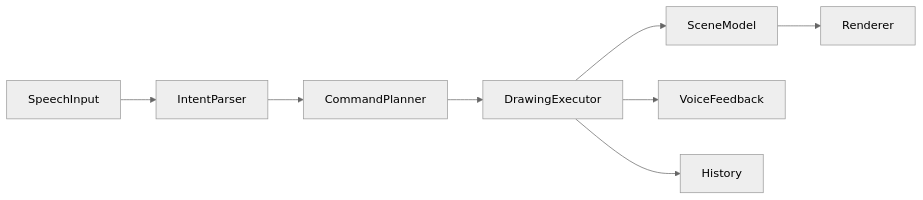
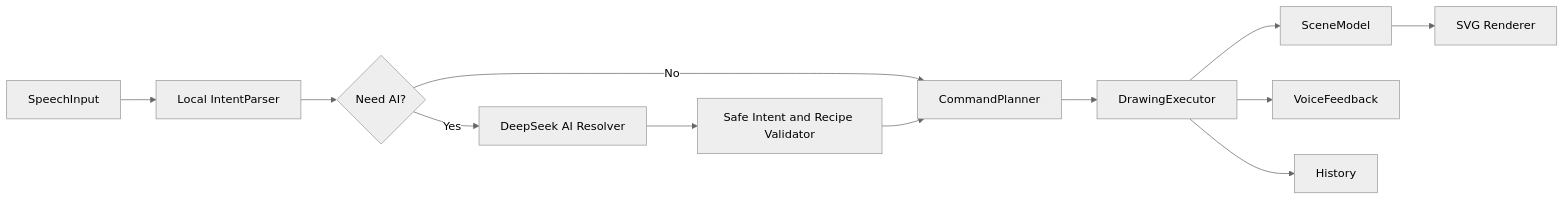
One commit to lijiony/Speak2Draw-Agent-Studio changed the diagram in docs/design.md. Above: the diagram before and after it, drawn with Mermaid (neutral theme). The commit also changed other lines of this file and 14 other files, not shown here.

Commit message:
feat: 接入 DeepSeek 智能绘图解析

````diff
--- a/docs/design.md
+++ b/docs/design.md
@@ -11,10 +11,14 @@
 ```mermaid
 flowchart LR
-  A[SpeechInput] --> B[IntentParser]
-  B --> C[CommandPlanner]
-  C --> D[DrawingExecutor]
-  D --> E[SceneModel]
-  E --> F[Renderer]
-  D --> G[VoiceFeedback]
-  D --> H[History]
+  A[SpeechInput] --> B[Local IntentParser]
+  B --> C{Need AI?}
+  C -->|No| E[CommandPlanner]
+  C -->|Yes| D[DeepSeek AI Resolver]
+  D --> I[Safe Intent and Recipe Validator]
+  I --> E
+  E --> F[DrawingExecutor]
+  F --> G[SceneModel]
+  G --> H[SVG Renderer]
+  F --> J[VoiceFeedback]
+  F --> K[History]
 ```
````
